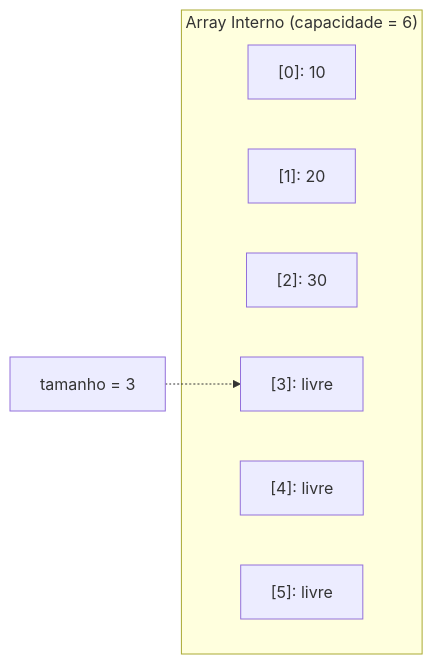
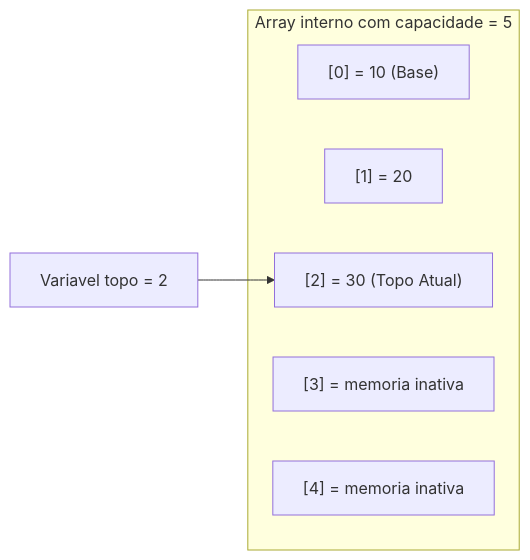
One commit to murilolol/unifef changed the fourth of 8 diagrams in 4º Semestre/[Prof. Wesley Soares] Estrutura de Dados I/Resumos-IA/Simulados-Comentados.md. Above: the diagram before and after it, drawn with Mermaid. The commit also changed other lines of this file and 25 other files, not shown here.

````diff
--- a/4º Semestre/[Prof. Wesley Soares] Estrutura de Dados I/Resumos-IA/Simulados-Comentados.md
+++ b/4º Semestre/[Prof. Wesley Soares] Estrutura de Dados I/Resumos-IA/Simulados-Comentados.md
@@ -586,12 +301,11 @@
 ```mermaid
 flowchart LR
-    subgraph ArrayFisico["Array Interno (capacidade = 6)"]
-        P0["[0]: 10"]
-        P1["[1]: 20"]
-        P2["[2]: 30"]
-        P3["[3]: livre"]
-        P4["[4]: livre"]
-        P5["[5]: livre"]
+    subgraph MemoriaArray ["Array interno com capacidade = 5"]
+        P0["[0] = 10 (Base)"]
+        P1["[1] = 20"]
+        P2["[2] = 30 (Topo Atual)"]
+        P3["[3] = memoria inativa"]
+        P4["[4] = memoria inativa"]
     end
-    Tam["tamanho = 3"] -.-> P3
+    TopoPtr["Variavel topo = 2"] --> P2
 ```
````
